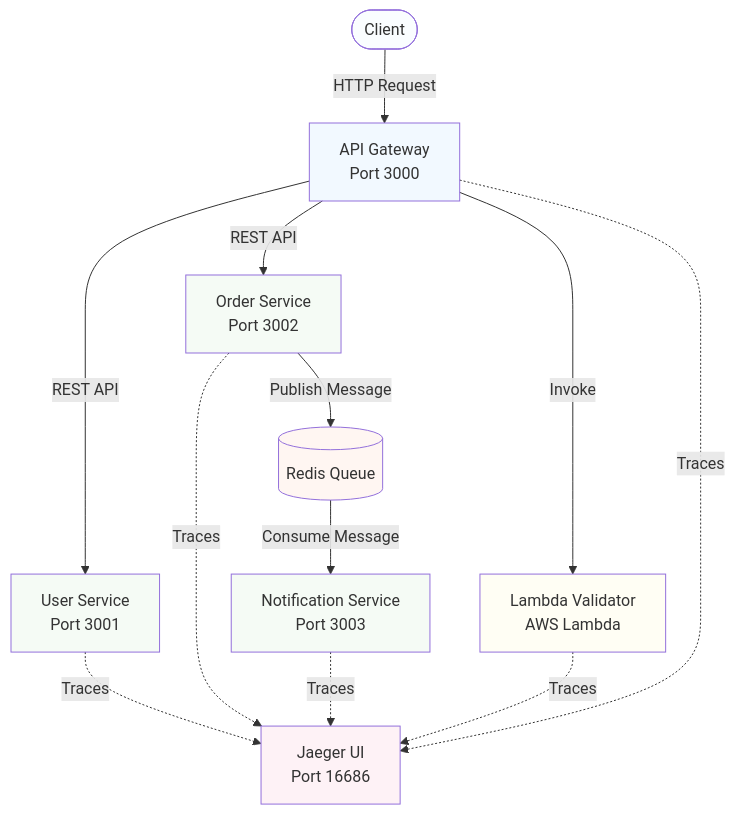
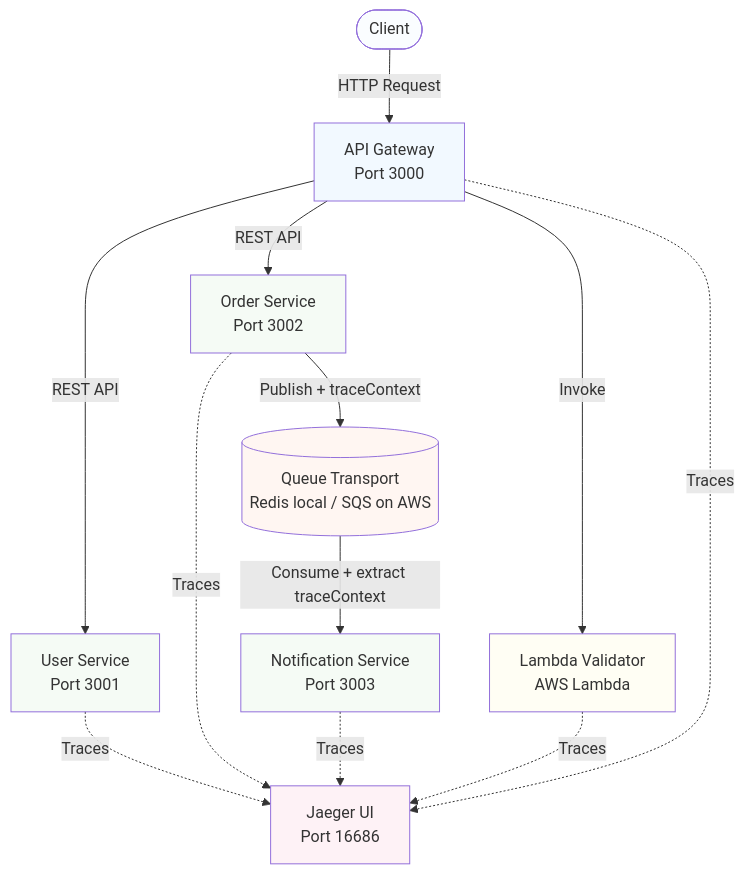
One commit to jeziellopes/observability changed the diagram in README.md. Above: the diagram before and after it, drawn with Mermaid. The commit also changed other lines of this file, not shown here.

Commit message:
docs(README): update project overview and architecture details

````diff
--- a/README.md
+++ b/README.md
@@ -24,33 +23,33 @@
 ```mermaid
 graph TB
     Client([Client])
     APIGateway[API Gateway<br/>Port 3000]
     UserService[User Service<br/>Port 3001]
     OrderService[Order Service<br/>Port 3002]
     Lambda[Lambda Validator<br/>AWS Lambda]
-    Redis[(Redis Queue)]
+    Queue[(Queue Transport<br/>Redis local / SQS on AWS)]
     NotificationService[Notification Service<br/>Port 3003]
     Jaeger[Jaeger UI<br/>Port 16686]
 
     Client -->|HTTP Request| APIGateway
     APIGateway -->|REST API| UserService
     APIGateway -->|REST API| OrderService
     APIGateway -->|Invoke| Lambda
-    OrderService -->|Publish Message| Redis
-    Redis -->|Consume Message| NotificationService
-    
+    OrderService -->|Publish + traceContext| Queue
+    Queue -->|Consume + extract traceContext| NotificationService
+
     UserService -.->|Traces| Jaeger
     OrderService -.->|Traces| Jaeger
     NotificationService -.->|Traces| Jaeger
     Lambda -.->|Traces| Jaeger
     APIGateway -.->|Traces| Jaeger
 
     style Client fill:#e1f5ff30
     style APIGateway fill:#bbdefb30
     style UserService fill:#c8e6c930
     style OrderService fill:#c8e6c930
     style NotificationService fill:#c8e6c930
     style Lambda fill:#fff9c430
-    style Redis fill:#ffccbc30
+    style Queue fill:#ffccbc30
     style Jaeger fill:#f8bbd030
 ```
````
